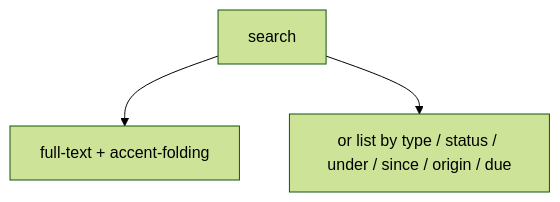
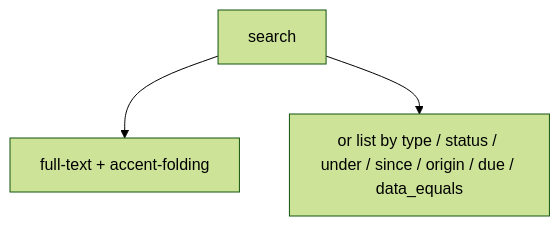
Before and after one commit to dgraziosi/foundation: the seventh of 10 diagrams in docs/ARCHITECTURE.md, drawn with Mermaid (forest theme). The commit also changed other lines of this file and 22 other files, not shown here.

First line of the commit message:
feat: data_equals search filter and task child_of project

````diff
--- a/docs/ARCHITECTURE.md
+++ b/docs/ARCHITECTURE.md
@@ -171,6 +173,6 @@
 ```mermaid
 flowchart TB
   search_box["search"]
   search_box --> fts["full-text + accent-folding"]
-  search_box --> list_or_filter["or list by type / status / under / since / origin / due"]
+  search_box --> list_or_filter["or list by type / status / under / since / origin / due / data_equals"]
 ```
````
